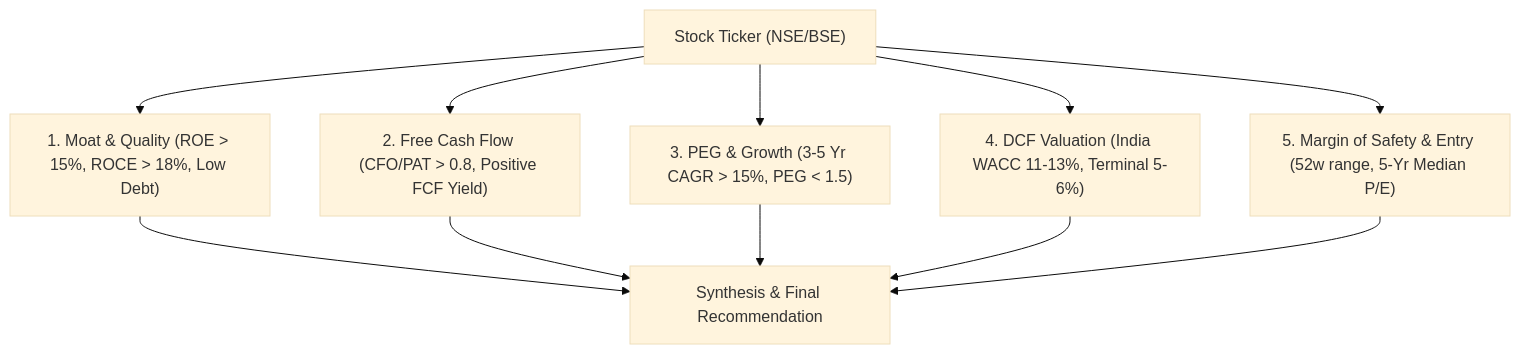
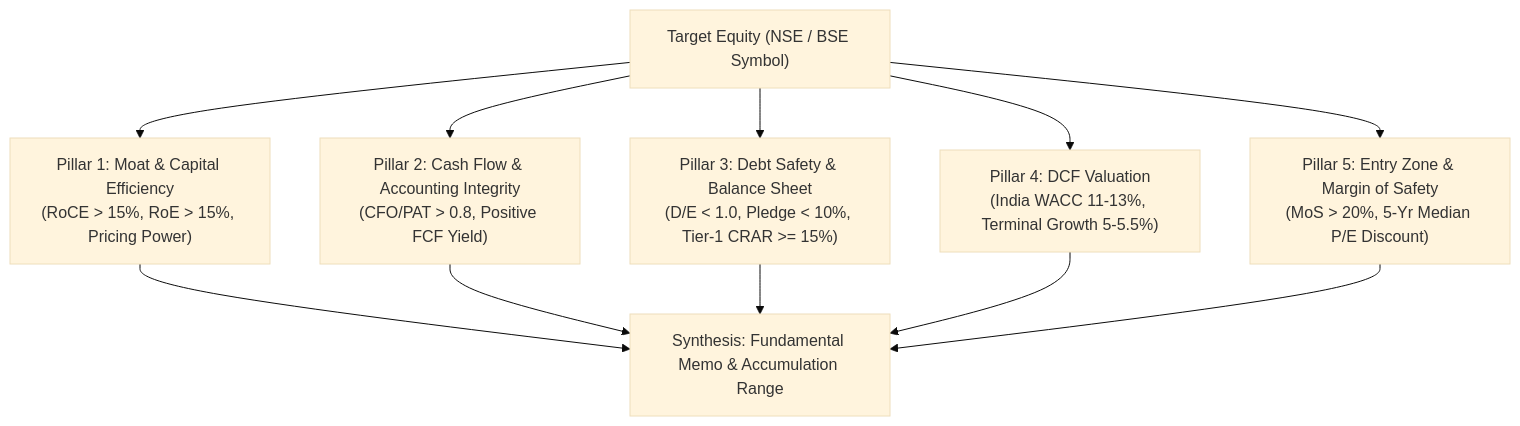
One commit to dotslash21/stonks-agent changed the diagram in skills/indian-fundamental-valuation/SKILL.md. Above: the diagram before and after it, drawn with Mermaid (base theme). The commit also changed other lines of this file and 3 other files, not shown here.

````diff
--- a/skills/indian-fundamental-valuation/SKILL.md
+++ b/skills/indian-fundamental-valuation/SKILL.md
@@ -13,13 +13,13 @@
 ```mermaid
 flowchart TD
-    A["Stock Ticker (NSE/BSE)"] --> B["1. Moat & Quality (ROE > 15%, ROCE > 18%, Low Debt)"]
-    A --> C["2. Free Cash Flow (CFO/PAT > 0.8, Positive FCF Yield)"]
-    A --> D["3. PEG & Growth (3-5 Yr CAGR > 15%, PEG < 1.5)"]
-    A --> E["4. DCF Valuation (India WACC 11-13%, Terminal 5-6%)"]
-    A --> F["5. Margin of Safety & Entry (52w range, 5-Yr Median P/E)"]
-    B --> G["Synthesis & Final Recommendation"]
-    C --> G
-    D --> G
-    E --> G
-    F --> G
+    A["Target Equity (NSE / BSE Symbol)"] --> P1["Pillar 1: Moat & Capital Efficiency<br/>(RoCE > 15%, RoE > 15%, Pricing Power)"]
+    A --> P2["Pillar 2: Cash Flow & Accounting Integrity<br/>(CFO/PAT > 0.8, Positive FCF Yield)"]
+    A --> P3["Pillar 3: Debt Safety & Balance Sheet<br/>(D/E < 1.0, Pledge < 10%, Tier-1 CRAR >= 15%)"]
+    A --> P4["Pillar 4: DCF Valuation<br/>(India WACC 11-13%, Terminal Growth 5-5.5%)"]
+    A --> P5["Pillar 5: Entry Zone & Margin of Safety<br/>(MoS > 20%, 5-Yr Median P/E Discount)"]
+    P1 --> S["Synthesis: Fundamental Memo & Accumulation Range"]
+    P2 --> S
+    P3 --> S
+    P4 --> S
+    P5 --> S
 ```
````
